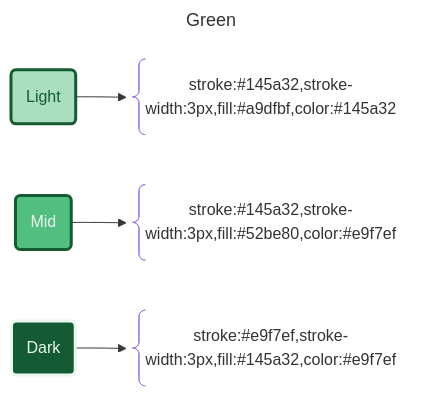
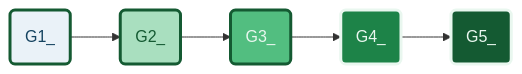
Before and after one commit to APrettyCoolProgram/aprettycoolprogram: the eighth of 14 diagrams in profile/mermaid/mermaid.md, drawn with Mermaid. The commit also changed other lines of this file, not shown here.

````diff
--- a/profile/mermaid/mermaid.md
+++ b/profile/mermaid/mermaid.md
@@ -251,24 +277,17 @@
 ```mermaid
----
-title: Green
----
 flowchart LR
   %% Components
-  Light@{shape: rounded, label: "Light"}
-  LightString@{shape: brace, label: "stroke:#145a32,stroke-width:3px,fill:#a9dfbf,color:#145a32"}
-  Mid@{shape: rounded, label: "Mid"}
-  MidString@{shape: brace, label: "stroke:#145a32,stroke-width:3px,fill:#52be80,color:#e9f7ef"}
-  Dark@{shape: rounded, label: "Dark"}
-  DarkString@{shape: brace, label: "stroke:#e9f7ef,stroke-width:3px,fill:#145a32,color:#e9f7ef"}
+  G1@{shape: rounded, label: "G1_"}
+  G2@{shape: rounded, label: "G2_"}
+  G3@{shape: rounded, label: "G3_"}
+  G4@{shape: rounded, label: "G4_"}
+  G5@{shape: rounded, label: "G5_"}
   %% Layout
-  Light --> LightString
-  Mid --> MidString
-  Dark --> DarkString
+  G1:::G1_ --> G2:::G2_ --> G3:::G3_ --> G4:::G4_ --> G5:::G5_ 
   %% Styles
-  classDef Light stroke:#145a32,stroke-width:3px,fill:#a9dfbf,color:#145a32  
-  classDef Mid stroke:#145a32,stroke-width:3px,fill:#52be80,color:#e9f7ef
-  classDef Dark stroke:#e9f7ef,stroke-width:3px,fill:#145a32,color:#e9f7ef
-  class Light Light
-  class Mid Mid
-  class Dark Dark
+  classDef G1_ stroke:#145a32,stroke-width:3px,fill:#eaf2f8,color:#154360
+  classDef G2_ stroke:#145a32,stroke-width:3px,fill:#a9dfbf,color:#145a32
+  classDef G3_ stroke:#145a32,stroke-width:3px,fill:#52be80,color:#e9f7ef
+  classDef G4_ stroke:#e9f7ef,stroke-width:3px,fill:#1d8348,color:#e9f7ef
+  classDef G5_ stroke:#e9f7ef,stroke-width:3px,fill:#145a32,color:#e9f7ef
 ```
````
